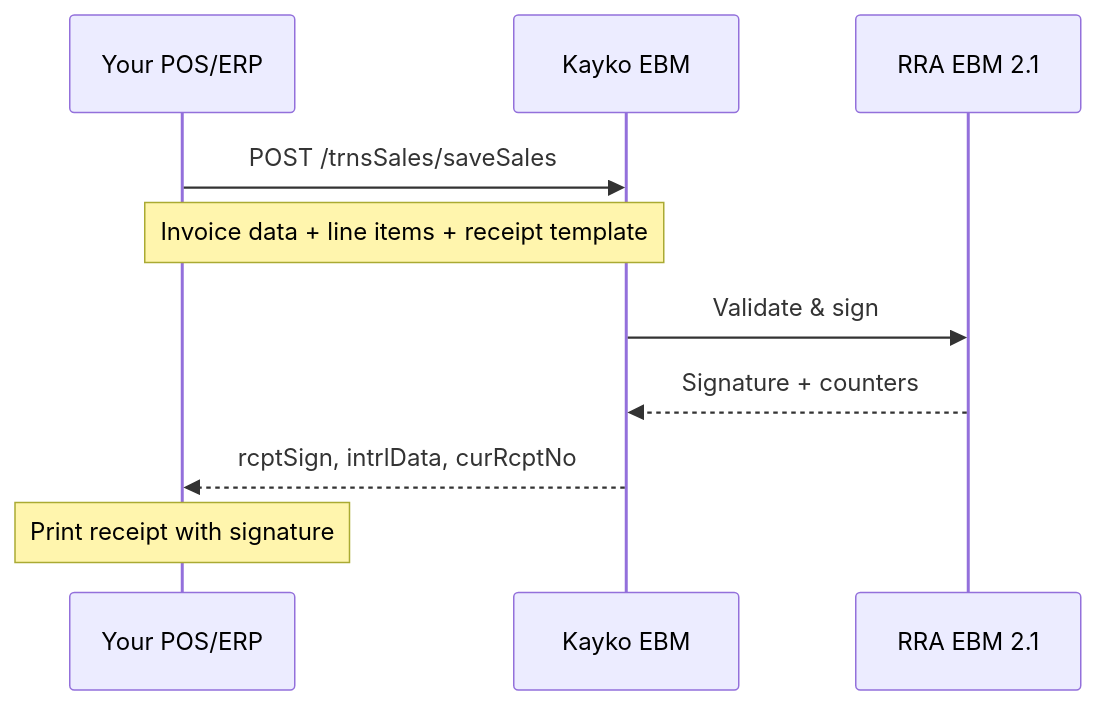
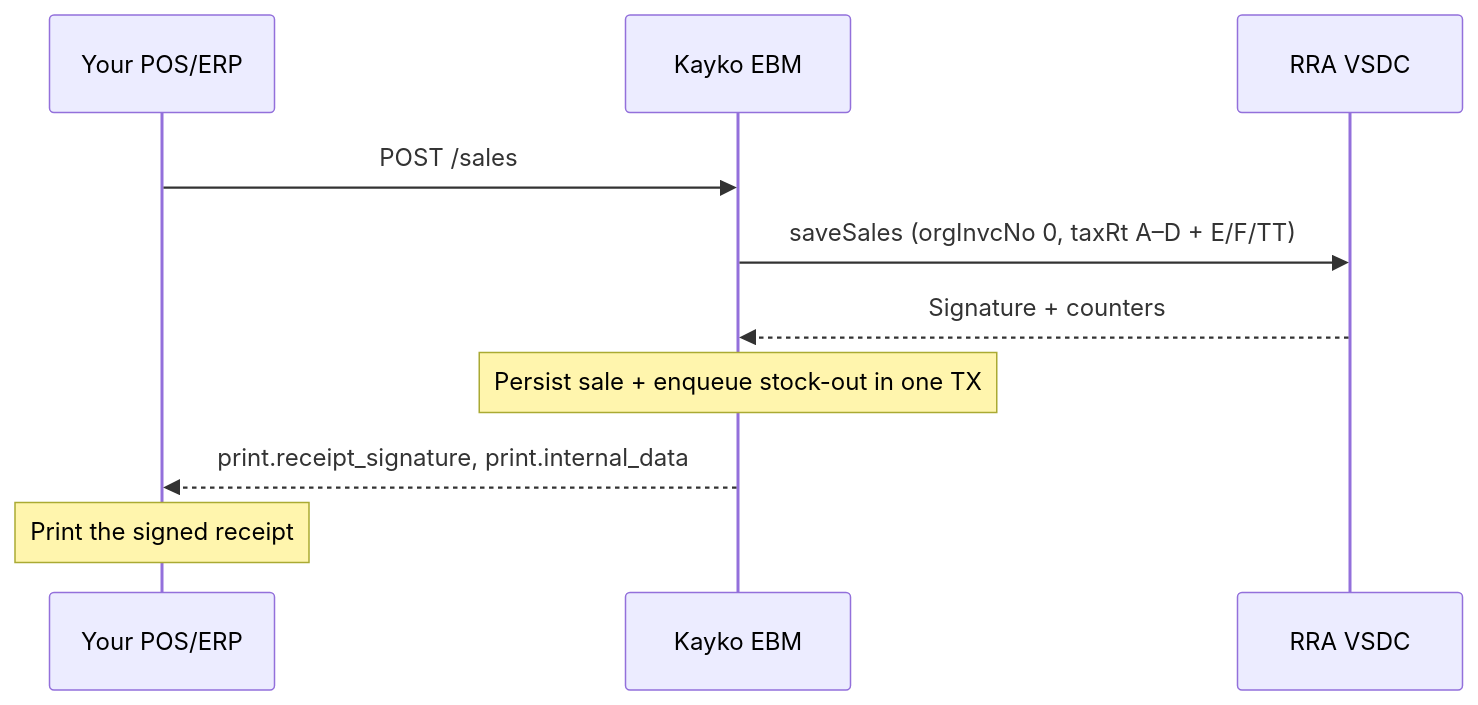
Before and after one commit to kaykorw/ebm_thirdparty_docs: the diagram in api/sales.mdx, drawn with Mermaid. The commit also changed other lines of this file and 25 other files, not shown here.

````diff
--- a/api/sales.mdx
+++ b/api/sales.mdx
@@ -9,13 +11,13 @@
 ```mermaid
 sequenceDiagram
     participant POS as Your POS/ERP
-    participant EBM as Kayko EBM
-    participant RRA as RRA EBM 2.1
+    participant Kayko as Kayko EBM
+    participant RRA as RRA VSDC
 
-    POS->>EBM: POST /trnsSales/saveSales
-    Note over POS,EBM: Invoice data + line items + receipt template
-    EBM->>RRA: Validate & sign
-    RRA-->>EBM: Signature + counters
-    EBM-->>POS: rcptSign, intrlData, curRcptNo
-    Note over POS: Print receipt with signature
+    POS->>Kayko: POST /sales
+    Kayko->>RRA: saveSales (orgInvcNo 0, taxRt A–D + E/F/TT)
+    RRA-->>Kayko: Signature + counters
+    Note over Kayko: Persist sale + enqueue stock-out in one TX
+    Kayko-->>POS: print.receipt_signature, print.internal_data
+    Note over POS: Print the signed receipt
 ```
````
